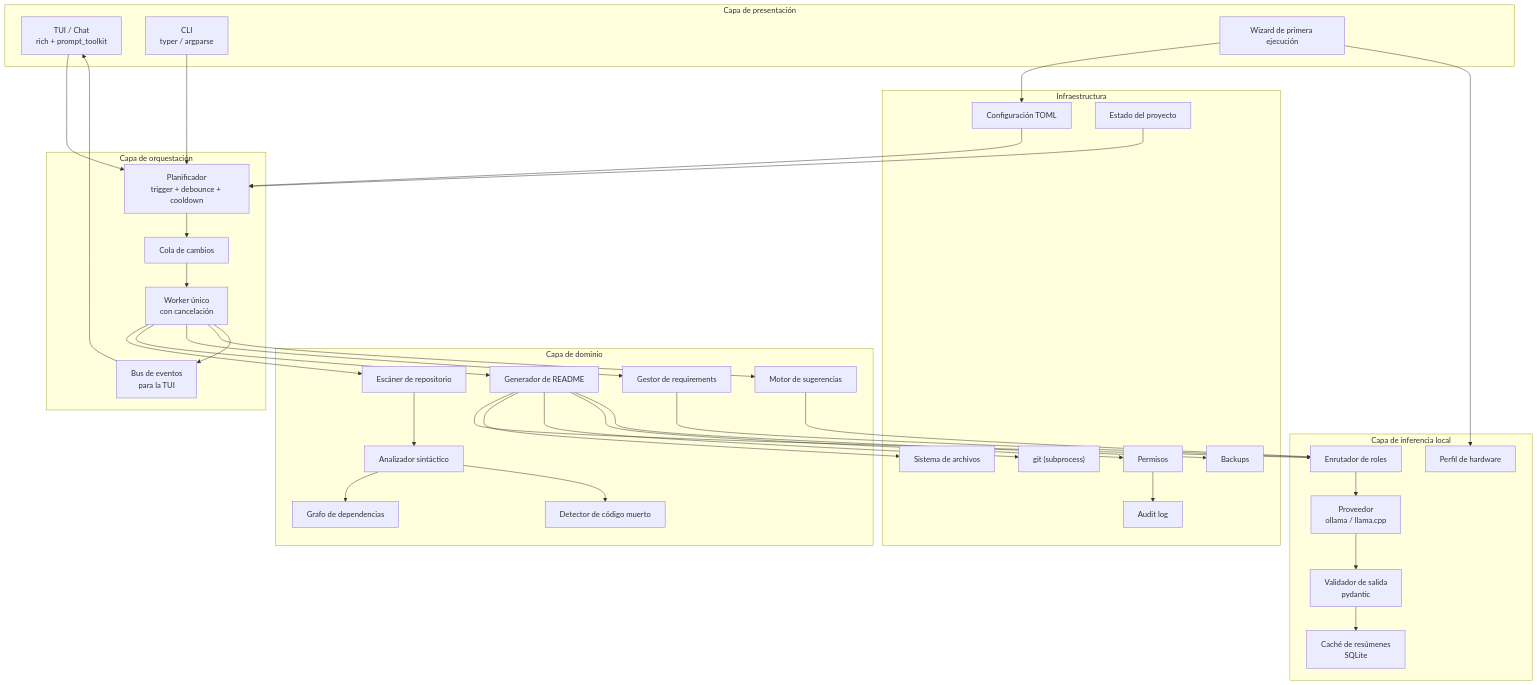
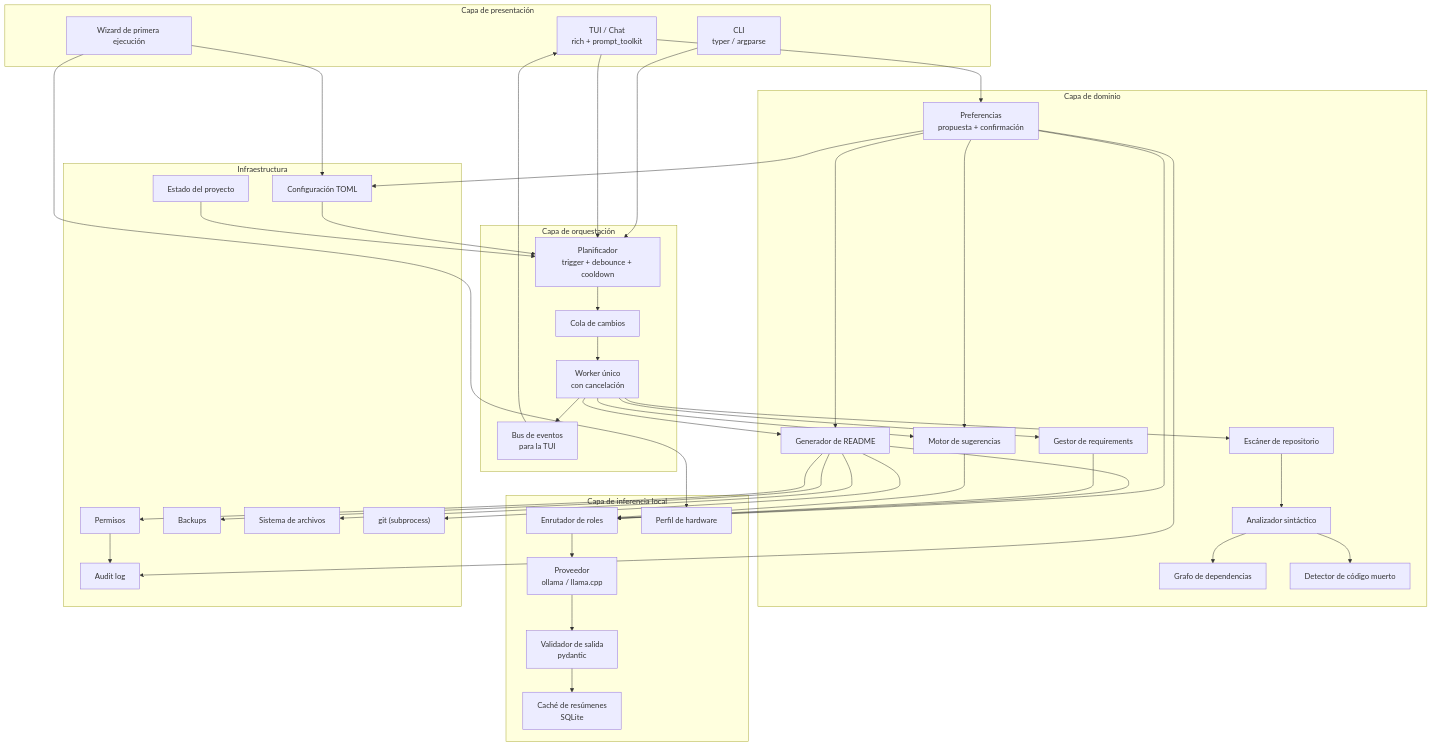
The first of 16 diagrams in documentation/EPITAPH_DOCUMENTO_TECNICO.md (xclipsy/EPITAPH), drawn with Mermaid before and after one commit. The commit also changed other lines of this file and 87 other files, not shown here.

````diff
--- a/documentation/EPITAPH_DOCUMENTO_TECNICO.md
+++ b/documentation/EPITAPH_DOCUMENTO_TECNICO.md
@@ -325,69 +352,76 @@
 ```mermaid
 flowchart TB
     subgraph UI["Capa de presentación"]
         TUI["TUI / Chat<br/>rich + prompt_toolkit"]
         CLI["CLI<br/>typer / argparse"]
         WIZ["Wizard de primera ejecución"]
     end
 
     subgraph ORCH["Capa de orquestación"]
         SCHED["Planificador<br/>trigger + debounce + cooldown"]
         QUEUE["Cola de cambios"]
         JOBS["Worker único<br/>con cancelación"]
         BUS["Bus de eventos<br/>para la TUI"]
     end
 
     subgraph CORE["Capa de dominio"]
         SCAN["Escáner de repositorio"]
         AST["Analizador sintáctico"]
         DEPS["Grafo de dependencias"]
         DEAD["Detector de código muerto"]
         REQ["Gestor de requirements"]
         SUG["Motor de sugerencias"]
         DOC["Generador de README"]
+        PREF["Preferencias<br/>propuesta + confirmación"]
     end
 
     subgraph LLMLAYER["Capa de inferencia local"]
         ROLES["Enrutador de roles"]
         PROVIDER["Proveedor<br/>ollama / llama.cpp"]
         VALID["Validador de salida<br/>pydantic"]
         CACHE["Caché de resúmenes<br/>SQLite"]
         HW["Perfil de hardware"]
     end
 
     subgraph INFRA["Infraestructura"]
         CFG["Configuración TOML"]
         STATE["Estado del proyecto"]
         PERM["Permisos"]
         AUDIT["Audit log"]
         BACKUP["Backups"]
         FS["Sistema de archivos"]
         GIT["git (subprocess)"]
     end
 
     CLI --> SCHED
     TUI --> SCHED
+    TUI --> PREF
     WIZ --> CFG
     WIZ --> HW
     SCHED --> QUEUE --> JOBS
     JOBS --> SCAN
     JOBS --> DOC
     JOBS --> REQ
     JOBS --> SUG
+    PREF --> CFG
+    PREF --> DOC
+    PREF --> SUG
+    PREF --> ROLES
+    PREF --> AUDIT
     SCAN --> AST --> DEPS
     AST --> DEAD
     DOC --> ROLES
     REQ --> ROLES
     SUG --> ROLES
     ROLES --> PROVIDER
     PROVIDER --> VALID
     VALID --> CACHE
     DOC --> FS
     DOC --> GIT
     DOC --> PERM
     PERM --> AUDIT
     DOC --> BACKUP
     JOBS --> BUS --> TUI
     CFG --> SCHED
     STATE --> SCHED
 ```
````
